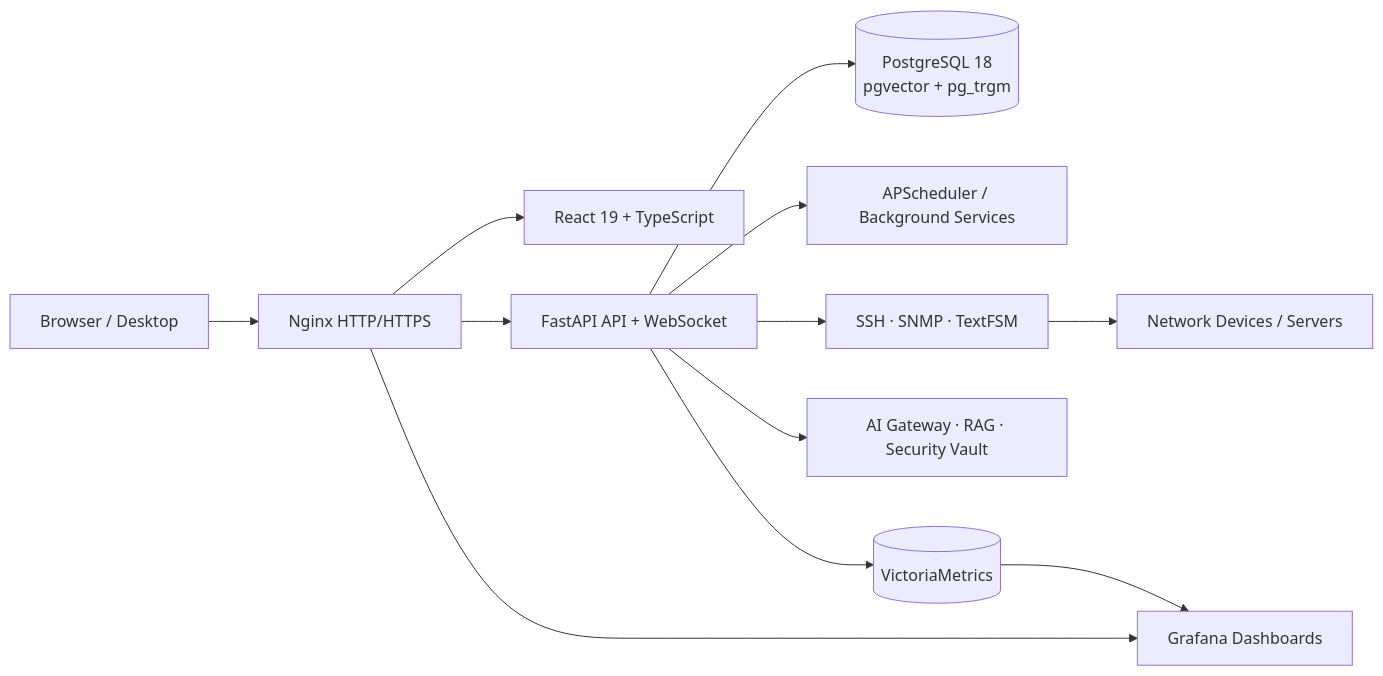
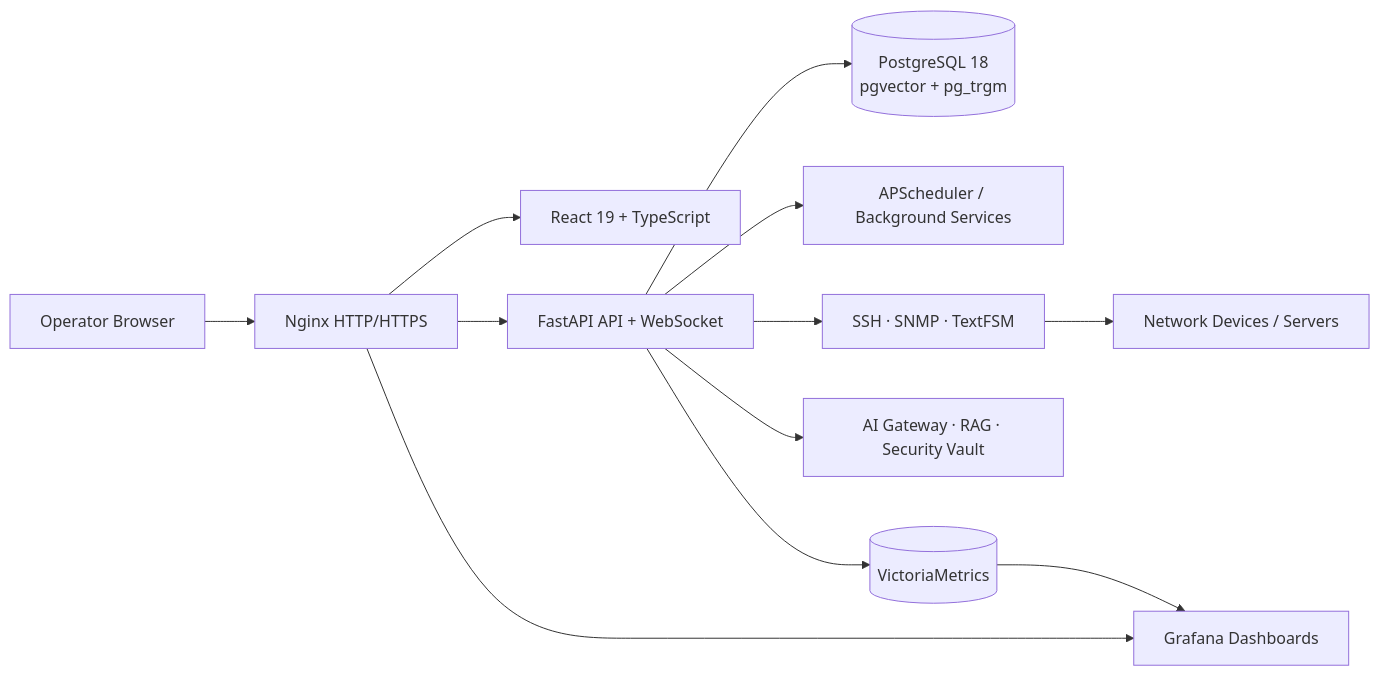
Before and after one commit to libing28390-sketch/Release-netops: the diagram in README.md, drawn with Mermaid. The commit also changed other lines of this file and 63 other files, not shown here.

````diff
--- a/README.md
+++ b/README.md
@@ -58,14 +56,14 @@
 ```mermaid
 flowchart LR
-    User[Browser / Desktop] --> Nginx[Nginx HTTP/HTTPS]
+    User[Operator Browser] --> Nginx[Nginx HTTP/HTTPS]
     Nginx --> Web[React 19 + TypeScript]
     Nginx --> API[FastAPI API + WebSocket]
     API --> DB[(PostgreSQL 18<br/>pgvector + pg_trgm)]
     API --> Scheduler[APScheduler / Background Services]
     API --> Drivers[SSH · SNMP · TextFSM]
     API --> AI[AI Gateway · RAG · Security Vault]
     Drivers --> Devices[Network Devices / Servers]
     API --> VM[(VictoriaMetrics)]
     VM --> Grafana[Grafana Dashboards]
     Nginx --> Grafana
 ```
````
